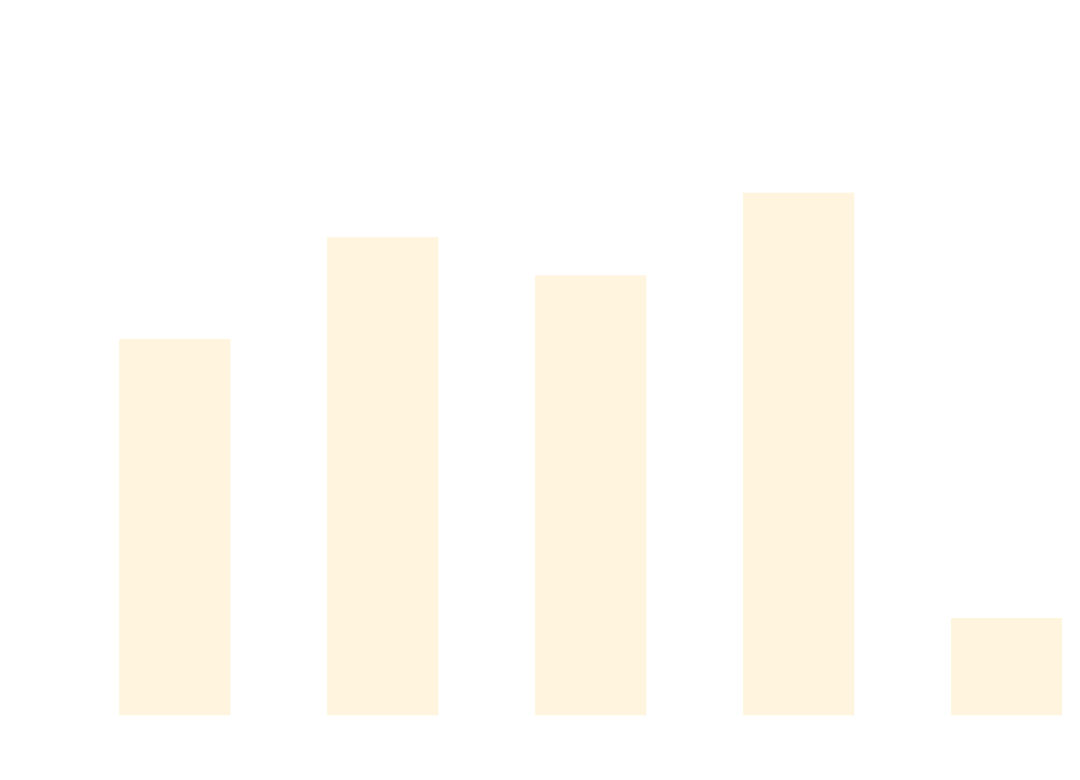
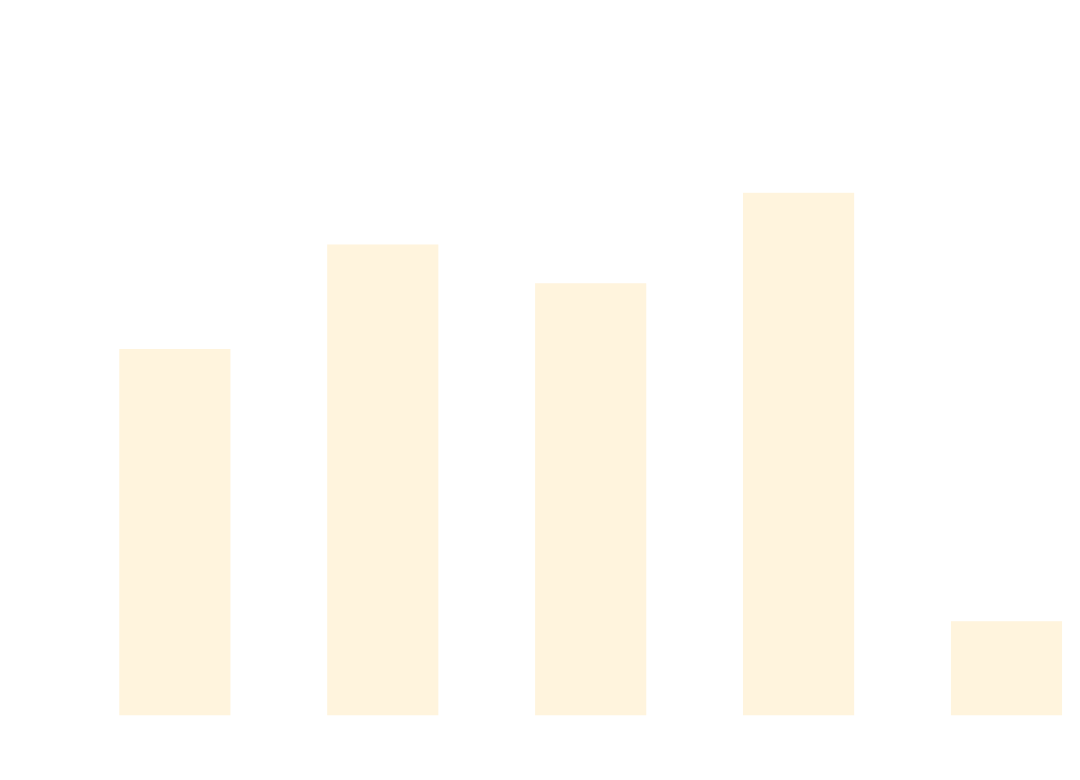
The diagram in docs/docs/benchmarks/AsyncTests.md (thomhurst/TUnit), drawn with Mermaid before and after one commit. The commit also changed other lines of this file and 17 other files, not shown here.

````diff
--- a/docs/docs/benchmarks/AsyncTests.md
+++ b/docs/docs/benchmarks/AsyncTests.md
@@ -27,37 +27,37 @@
 ```mermaid
 %%{init: {
   'theme':'base',
   'themeVariables': {
     'primaryColor': '#2563eb',
     'primaryTextColor': '#ffffff',
     'primaryBorderColor': '#1e40af',
     'lineColor': '#6b7280',
     'secondaryColor': '#7c3aed',
     'tertiaryColor': '#dc2626',
     'background': '#ffffff',
     'mainBkg': '#2563eb',
     'secondBkg': '#7c3aed',
     'tertiaryBkg': '#dc2626',
     'clusterBkg': '#f3f4f6',
     'edgeLabelBackground': '#ffffff',
     'tertiaryTextColor': '#1f2937',
     'pie1': '#2563eb',
     'pie2': '#7c3aed',
     'pie3': '#dc2626',
     'pie4': '#f59e0b',
     'pie5': '#10b981',
     'pie6': '#06b6d4',
     'pie7': '#ec4899',
     'pie8': '#6366f1',
     'pie9': '#84cc16',
     'pie10': '#f97316',
     'pie11': '#14b8a6',
     'pie12': '#a855f7'
   }
 }}%%
 xychart-beta
   title "AsyncTests Performance Comparison"
   x-axis ["TUnit", "NUnit", "MSTest", "xUnit3", "TUnit_AOT"]
-  y-axis "Time (ms)" 0 --> 875
-  bar [520, 665.2, 610.6, 728.5, 122]
+  y-axis "Time (ms)" 0 --> 915
+  bar [528.7, 684.6, 626.8, 761.7, 122.7]
 ```
````
